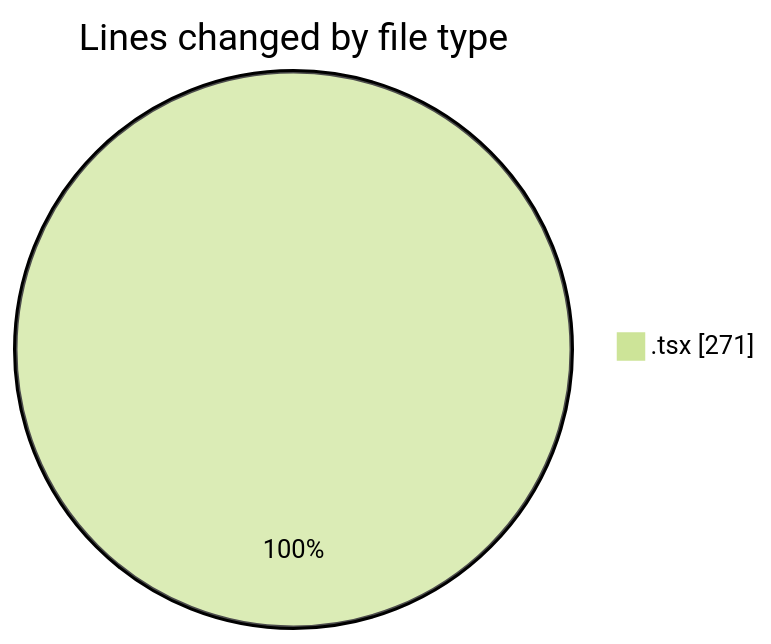
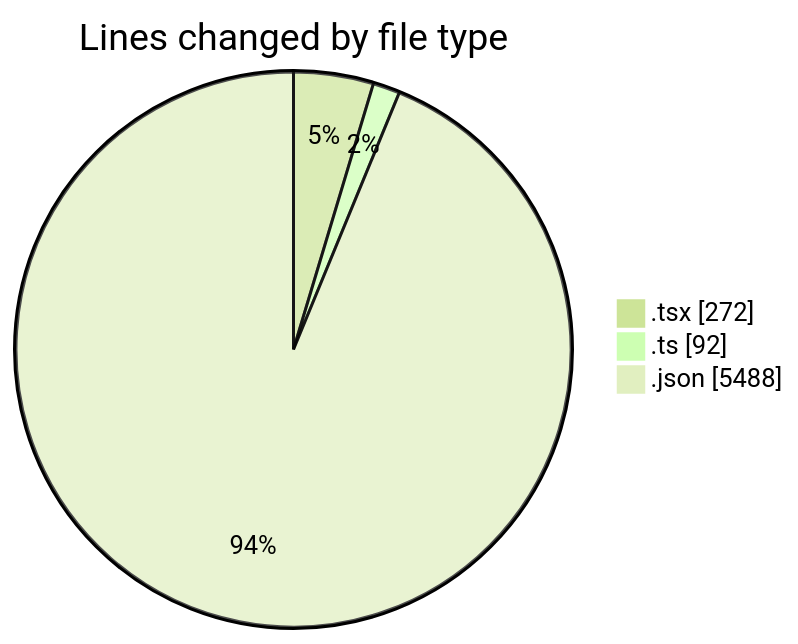
Before and after one commit to nxtqubesakshisongat/code-tracking: the first of 2 diagrams in 2026-04-12/airfeed-analytics-dashboard/README.md, drawn with Mermaid (forest theme). The commit also changed other lines of this file and 1 other file, not shown here.

````diff
--- a/2026-04-12/airfeed-analytics-dashboard/README.md
+++ b/2026-04-12/airfeed-analytics-dashboard/README.md
@@ -21,5 +23,7 @@
 ```mermaid
 pie showData
 title Lines changed by file type
-".tsx" : 271
+".tsx" : 272
+".ts" : 92
+".json" : 5488
 ```
````
